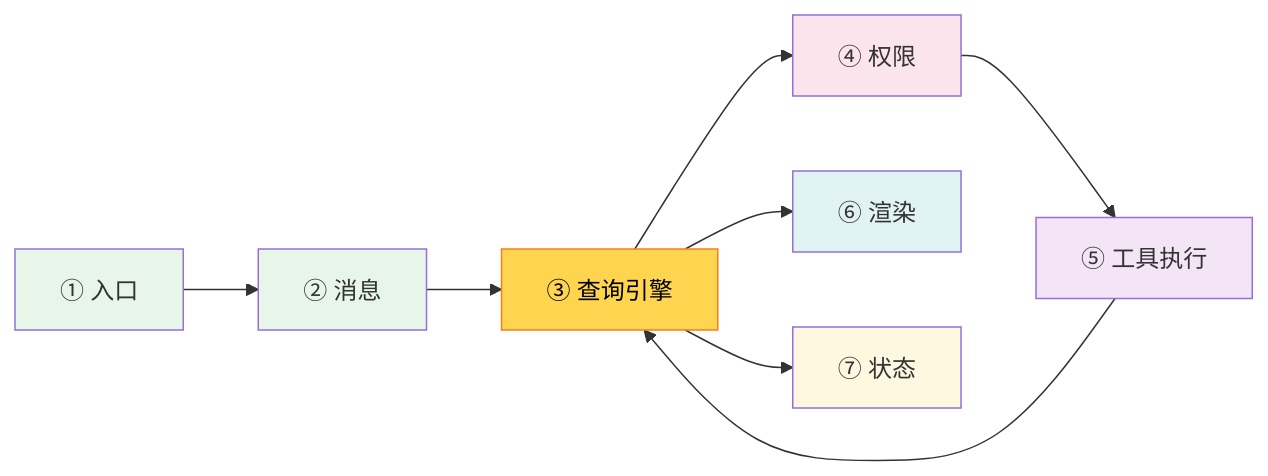
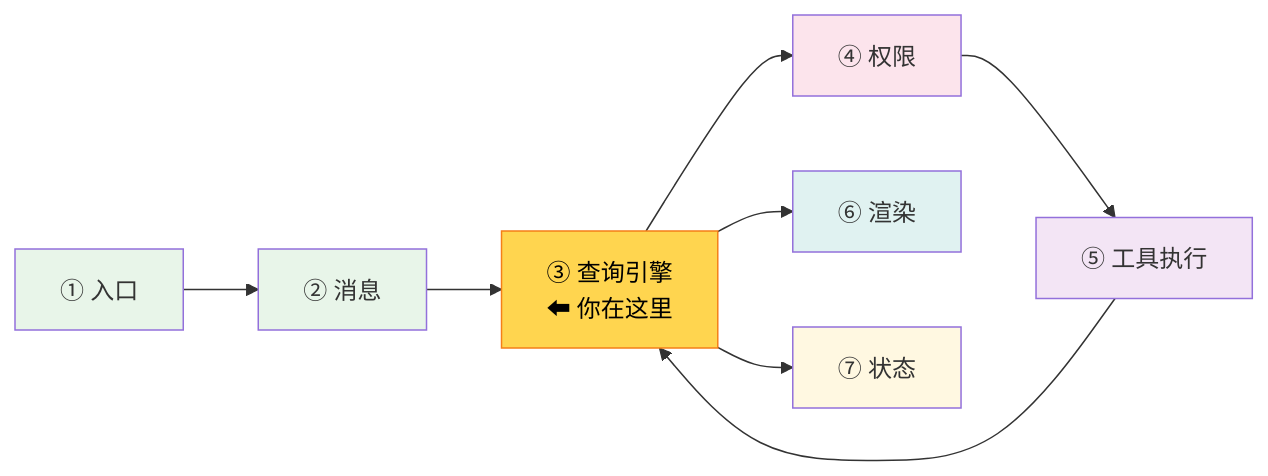
The first of 3 diagrams in teaching/book/volume-1-journey/ch05-system-prompt.md (nadav-cheung/claudeai), drawn with Mermaid before and after one commit. The commit also changed 6 other files, not shown here.

First line of the commit message:
fix(teaching): 出版级修复 — 路线图标记/术语一致性/ch09 样式

````diff
--- a/teaching/book/volume-1-journey/ch05-system-prompt.md
+++ b/teaching/book/volume-1-journey/ch05-system-prompt.md
@@ -10,18 +10,18 @@
 ```mermaid
 graph LR
     E["① 入口"] --> I["② 消息"]
-    I --> Q["③ 查询引擎"]
+    I --> Q["③ 查询引擎<br/>⬅ 你在这里"]
     Q --> P["④ 权限"]
     P --> T["⑤ 工具执行"]
     T --> Q
     Q --> R["⑥ 渲染"]
     Q --> S["⑦ 状态"]
 
     style E fill:#e8f5e9
     style I fill:#e8f5e9
     style Q fill:#FFD54F,stroke:#F57F17,color:#000
     style P fill:#fce4ec
     style T fill:#f3e5f5
     style R fill:#e0f2f1
     style S fill:#fff8e1
 ```
````
